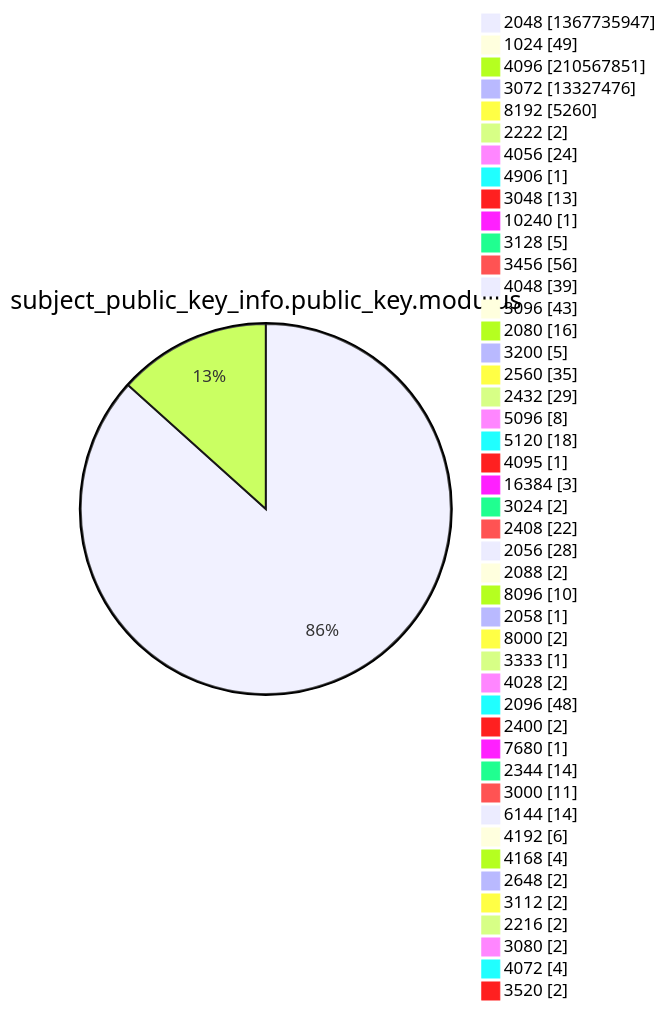
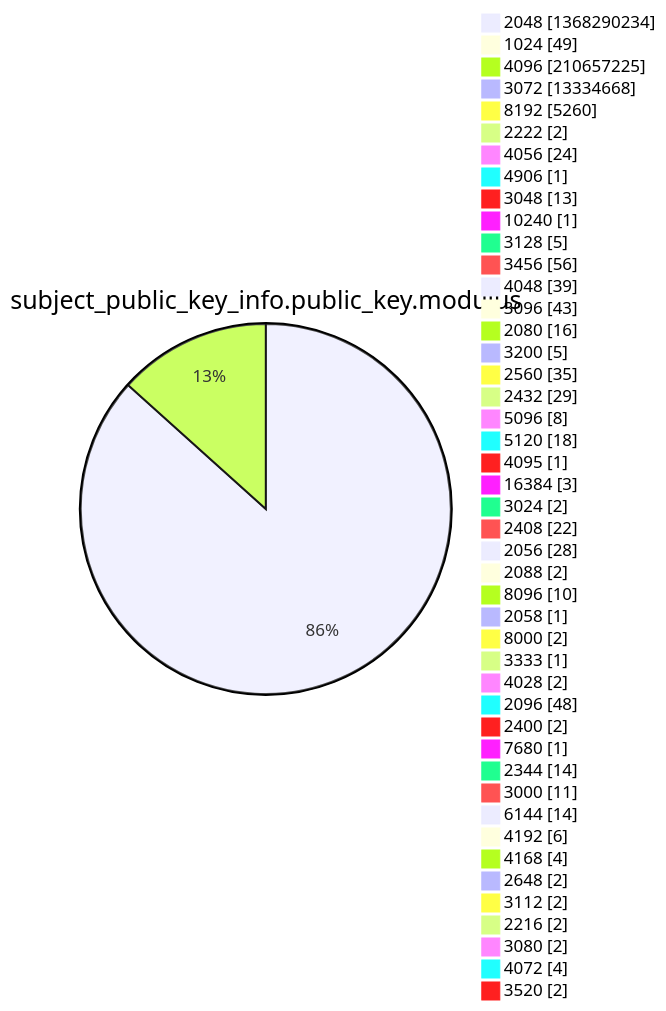
Diagram 13 of 15 in xenon2022/README.md (christiankrug/ctmonitor_visualization), drawn with Mermaid before and after one commit. The commit also changed other lines of this file, not shown here.

````diff
--- a/xenon2022/README.md
+++ b/xenon2022/README.md
@@ -3927,49 +3927,49 @@
 ```mermaid
 pie showData
 title subject_public_key_info.public_key.modulus
-"2048" :1367735947
+"2048" :1368290234
 "1024" :49
-"4096" :210567851
-"3072" :13327476
+"4096" :210657225
+"3072" :13334668
 "8192" :5260
 "2222" :2
 "4056" :24
 "4906" :1
 "3048" :13
 "10240" :1
 "3128" :5
 "3456" :56
 "4048" :39
 "3096" :43
 "2080" :16
 "3200" :5
 "2560" :35
 "2432" :29
 "5096" :8
 "5120" :18
 "4095" :1
 "16384" :3
 "3024" :2
 "2408" :22
 "2056" :28
 "2088" :2
 "8096" :10
 "2058" :1
 "8000" :2
 "3333" :1
 "4028" :2
 "2096" :48
 "2400" :2
 "7680" :1
 "2344" :14
 "3000" :11
 "6144" :14
 "4192" :6
 "4168" :4
 "2648" :2
 "3112" :2
 "2216" :2
 "3080" :2
 "4072" :4
 "3520" :2
 ```
````
